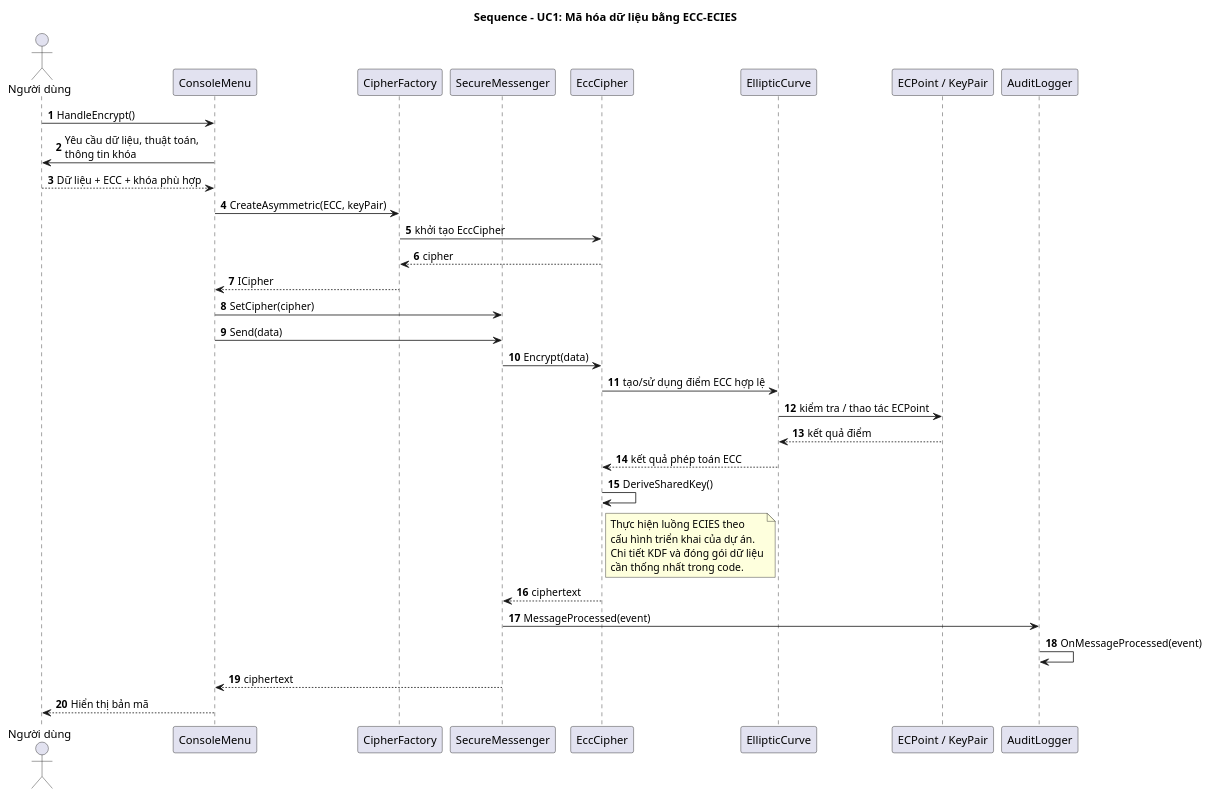
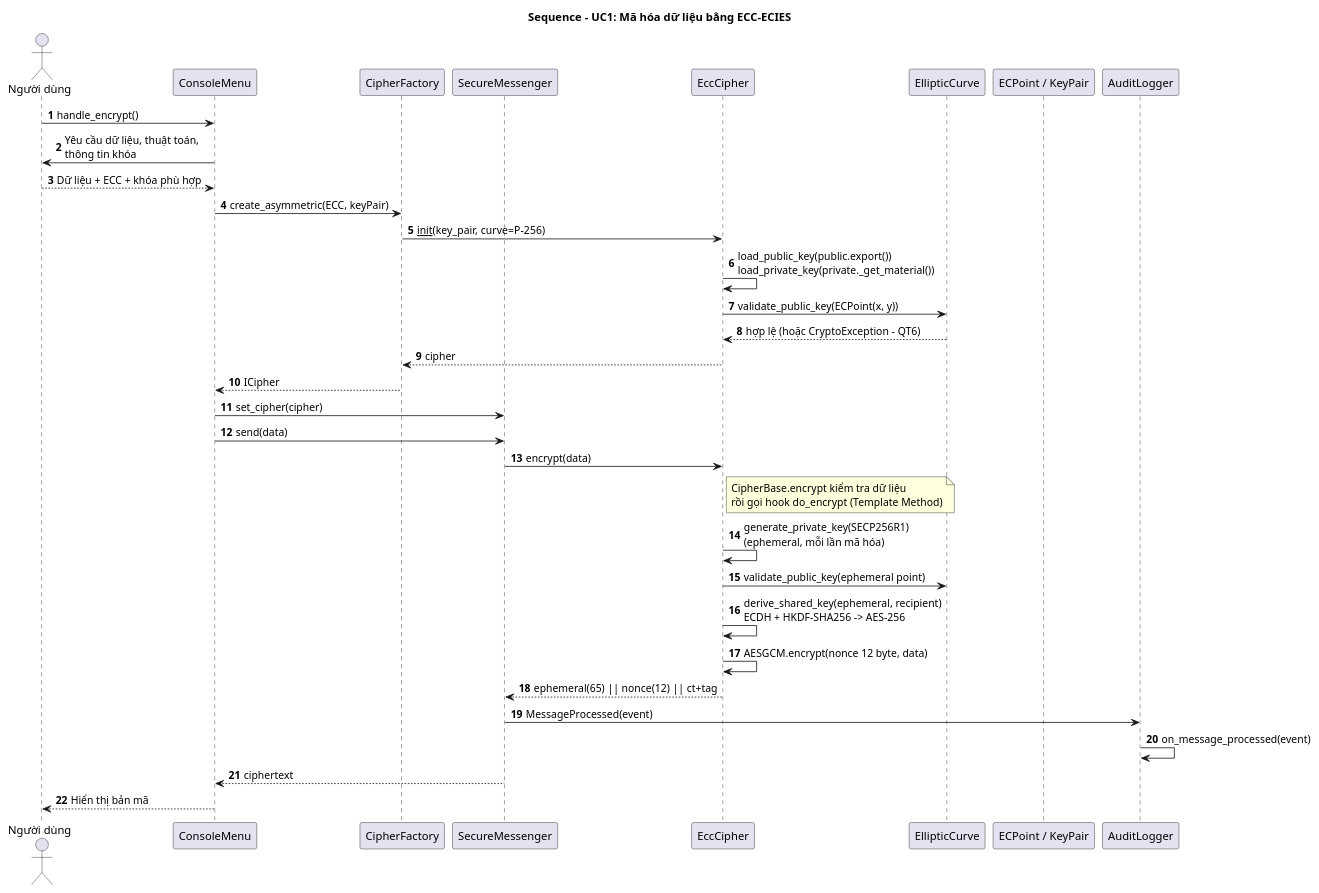
One commit to ngminhduc129/OOP_project changed the diagram in OOP_UML_Diagrams/02_sequence_ecies.puml. Above: the diagram before and after it, drawn with PlantUML. The commit also changed 5 other files, not shown here.

```diff
--- a/OOP_UML_Diagrams/02_sequence_ecies.puml
+++ b/OOP_UML_Diagrams/02_sequence_ecies.puml
@@ -1,46 +1,45 @@
 @startuml
 title Sequence - UC1: Mã hóa dữ liệu bằng ECC-ECIES
 autonumber
 skinparam shadowing false
 
 actor "Người dùng" as User
 participant ConsoleMenu
 participant CipherFactory
 participant SecureMessenger
 participant EccCipher
 participant EllipticCurve
 participant "ECPoint / KeyPair" as ECCData
 participant AuditLogger
 
-User -> ConsoleMenu : HandleEncrypt()
+User -> ConsoleMenu : handle_encrypt()
 ConsoleMenu -> User : Yêu cầu dữ liệu, thuật toán,\nthông tin khóa
 User --> ConsoleMenu : Dữ liệu + ECC + khóa phù hợp
 
-ConsoleMenu -> CipherFactory : CreateAsymmetric(ECC, keyPair)
-CipherFactory -> EccCipher : khởi tạo EccCipher
+ConsoleMenu -> CipherFactory : create_asymmetric(ECC, keyPair)
+CipherFactory -> EccCipher : __init__(key_pair, curve=P-256)
+EccCipher -> EccCipher : load_public_key(public.export())\nload_private_key(private._get_material())
+EccCipher -> EllipticCurve : validate_public_key(ECPoint(x, y))
+EllipticCurve --> EccCipher : hợp lệ (hoặc CryptoException - QT6)
 EccCipher --> CipherFactory : cipher
 CipherFactory --> ConsoleMenu : ICipher
 
-ConsoleMenu -> SecureMessenger : SetCipher(cipher)
-ConsoleMenu -> SecureMessenger : Send(data)
-SecureMessenger -> EccCipher : Encrypt(data)
-
-EccCipher -> EllipticCurve : tạo/sử dụng điểm ECC hợp lệ
-EllipticCurve -> ECCData : kiểm tra / thao tác ECPoint
-ECCData --> EllipticCurve : kết quả điểm
-EllipticCurve --> EccCipher : kết quả phép toán ECC
-
-EccCipher -> EccCipher : DeriveSharedKey()
+ConsoleMenu -> SecureMessenger : set_cipher(cipher)
+ConsoleMenu -> SecureMessenger : send(data)
+SecureMessenger -> EccCipher : encrypt(data)
 note right of EccCipher
-  Thực hiện luồng ECIES theo
-  cấu hình triển khai của dự án.
-  Chi tiết KDF và đóng gói dữ liệu
-  cần thống nhất trong code.
+  CipherBase.encrypt kiểm tra dữ liệu
+  rồi gọi hook do_encrypt (Template Method)
 end note
 
-EccCipher --> SecureMessenger : ciphertext
+EccCipher -> EccCipher : generate_private_key(SECP256R1)\n(ephemeral, mỗi lần mã hóa)
+EccCipher -> EllipticCurve : validate_public_key(ephemeral point)
+EccCipher -> EccCipher : derive_shared_key(ephemeral, recipient)\nECDH + HKDF-SHA256 -> AES-256
+EccCipher -> EccCipher : AESGCM.encrypt(nonce 12 byte, data)
+EccCipher --> SecureMessenger : ephemeral(65) || nonce(12) || ct+tag
+
 SecureMessenger -> AuditLogger : MessageProcessed(event)
-AuditLogger -> AuditLogger : OnMessageProcessed(event)
+AuditLogger -> AuditLogger : on_message_processed(event)
 SecureMessenger --> ConsoleMenu : ciphertext
 ConsoleMenu --> User : Hiển thị bản mã
 @enduml
```
